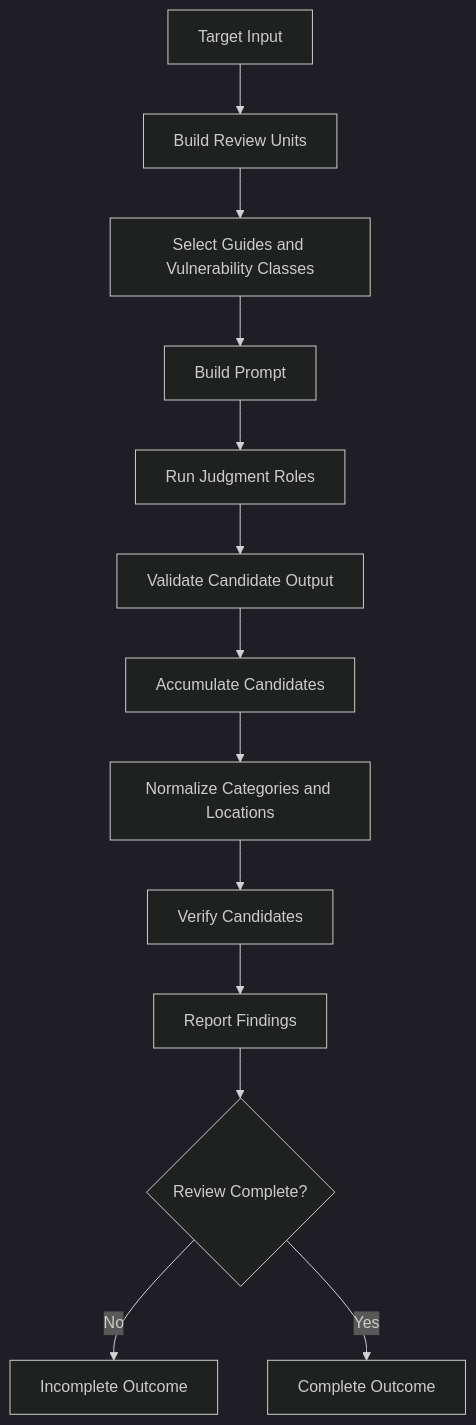
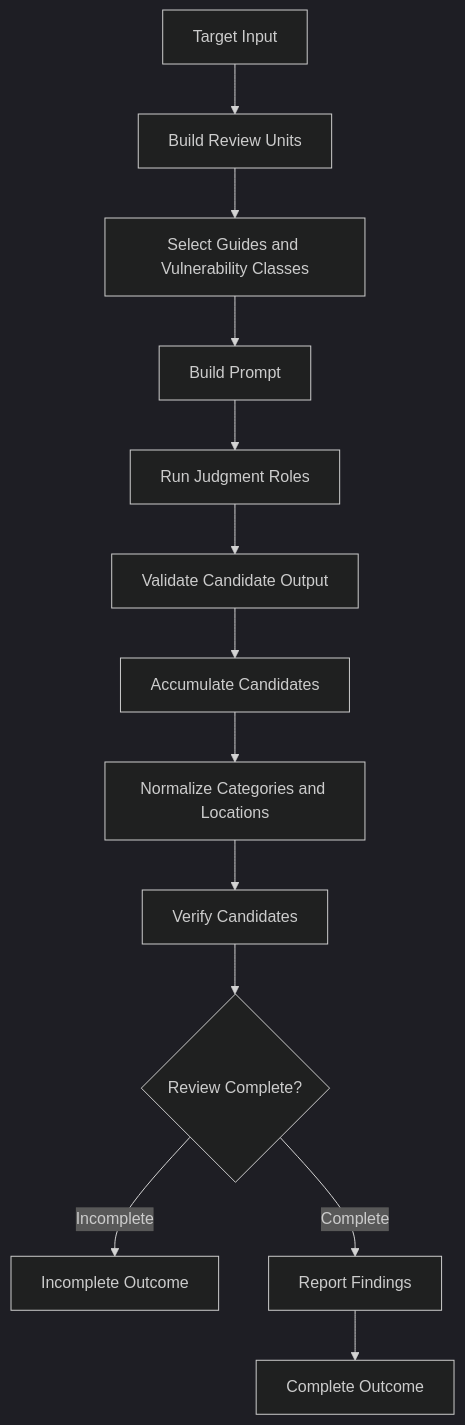
The first of 3 diagrams in docs/engine-design.md (eth4nr00t/cyberjury), drawn with Mermaid (dark theme) before and after one commit. The commit also changed other lines of this file and 9 other files, not shown here.

````diff
--- a/docs/engine-design.md
+++ b/docs/engine-design.md
@@ -75,15 +80,15 @@
 ```mermaid
 flowchart TD
     A[Target Input] --> B[Build Review Units]
     B --> C[Select Guides and Vulnerability Classes]
     C --> D[Build Prompt]
     D --> E[Run Judgment Roles]
     E --> F[Validate Candidate Output]
     F --> G[Accumulate Candidates]
     G --> H[Normalize Categories and Locations]
     H --> I[Verify Candidates]
-    I --> J[Report Findings]
-    J --> K{Review Complete?}
-    K -- No --> L[Incomplete Outcome]
-    K -- Yes --> M[Complete Outcome]
+    I --> J{Review Complete?}
+    J -- Incomplete --> K[Incomplete Outcome]
+    J -- Complete --> L[Report Findings]
+    L --> M[Complete Outcome]
 ```
````
